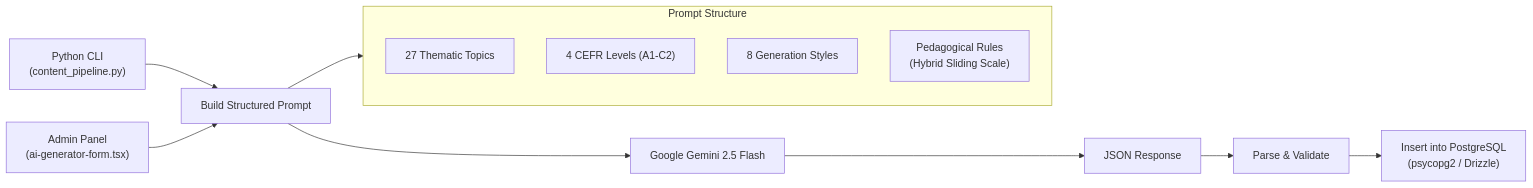
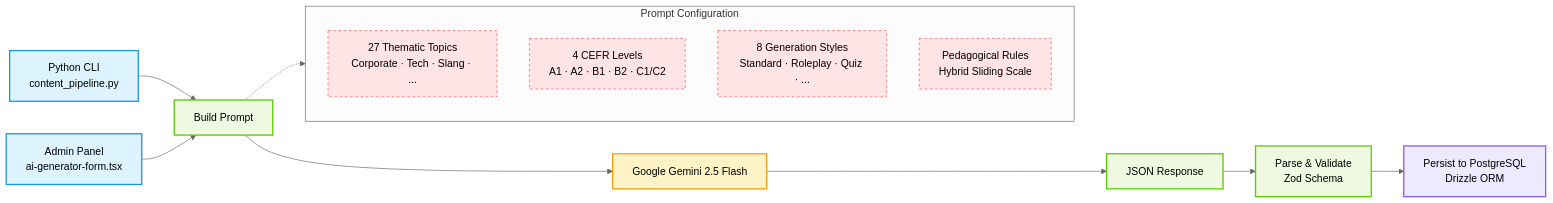
One commit to imperador1k/faro changed the second of 3 diagrams in ARCHITECTURE.md. Above: the diagram before and after it, drawn with Mermaid. The commit also changed other lines of this file and 55 other files, not shown here.

````diff
--- a/ARCHITECTURE.md
+++ b/ARCHITECTURE.md
@@ -153,20 +164,28 @@
 ```mermaid
+%%{init: {'theme': 'neutral'}}%%
 flowchart LR
-    CLI["Python CLI<br/>(content_pipeline.py)"] --> Prompt["Build Structured Prompt"]
-    Admin["Admin Panel<br/>(ai-generator-form.tsx)"] --> Prompt
+    classDef source fill:#ddf4ff,stroke:#1899d6,stroke-width:2px
+    classDef process fill:#f0f8e2,stroke:#58cc02,stroke-width:2px
+    classDef ai fill:#fef3c7,stroke:#f59e0b,stroke-width:2px
+    classDef output fill:#ede9fe,stroke:#8b5cf6,stroke-width:2px
+    classDef spec fill:#ffe4e6,stroke:#ff4b4b,stroke-width:1px,stroke-dasharray:4
 
-    Prompt --> Gemini["Google Gemini 2.5 Flash"]
-    Gemini --> JSON["JSON Response"]
+    CLI["Python CLI<br/>content_pipeline.py"]:::source --> Prompt["Build Prompt"]:::process
+    Admin["Admin Panel<br/>ai-generator-form.tsx"]:::source --> Prompt
 
-    JSON --> Validate["Parse & Validate"]
-    Validate --> Insert["Insert into PostgreSQL<br/>(psycopg2 / Drizzle)"]
+    Prompt --> Gemini["Google Gemini 2.5 Flash"]:::ai
+    Gemini --> JSON["JSON Response"]:::process
 
-    subgraph PromptSpec ["Prompt Structure"]
-        Topic["27 Thematic Topics"]
-        Level["4 CEFR Levels (A1-C2)"]
-        Style["8 Generation Styles"]
-        Rules["Pedagogical Rules<br/>(Hybrid Sliding Scale)"]
+    JSON --> Validate["Parse & Validate<br/>Zod Schema"]:::process
+    Validate --> Insert["Persist to PostgreSQL<br/>Drizzle ORM"]:::output
+
+    subgraph Spec ["Prompt Configuration"]
+        direction TB
+        Topic["27 Thematic Topics<br/>Corporate · Tech · Slang · ..."]:::spec
+        Level["4 CEFR Levels<br/>A1 · A2 · B1 · B2 · C1/C2"]:::spec
+        Style["8 Generation Styles<br/>Standard · Roleplay · Quiz · ..."]:::spec
+        Rules["Pedagogical Rules<br/>Hybrid Sliding Scale"]:::spec
     end
 
-    Prompt --> PromptSpec
+    Prompt -.-> Spec
 ```
````
